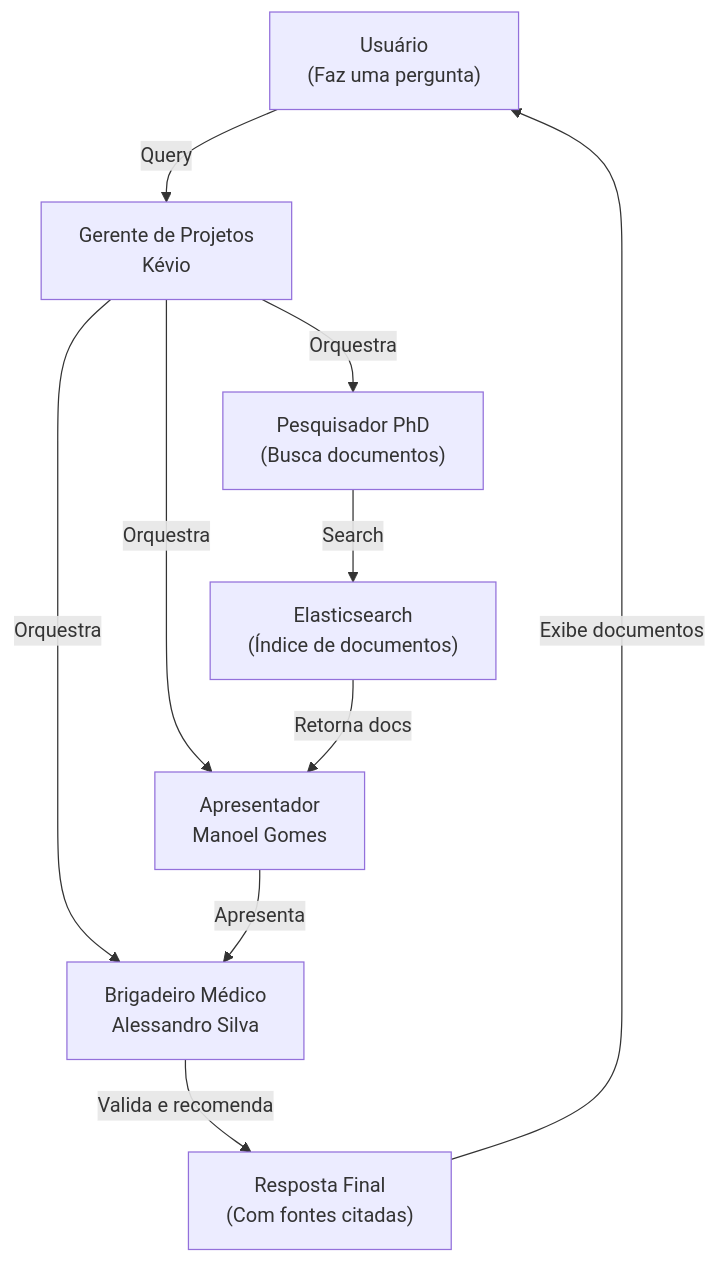
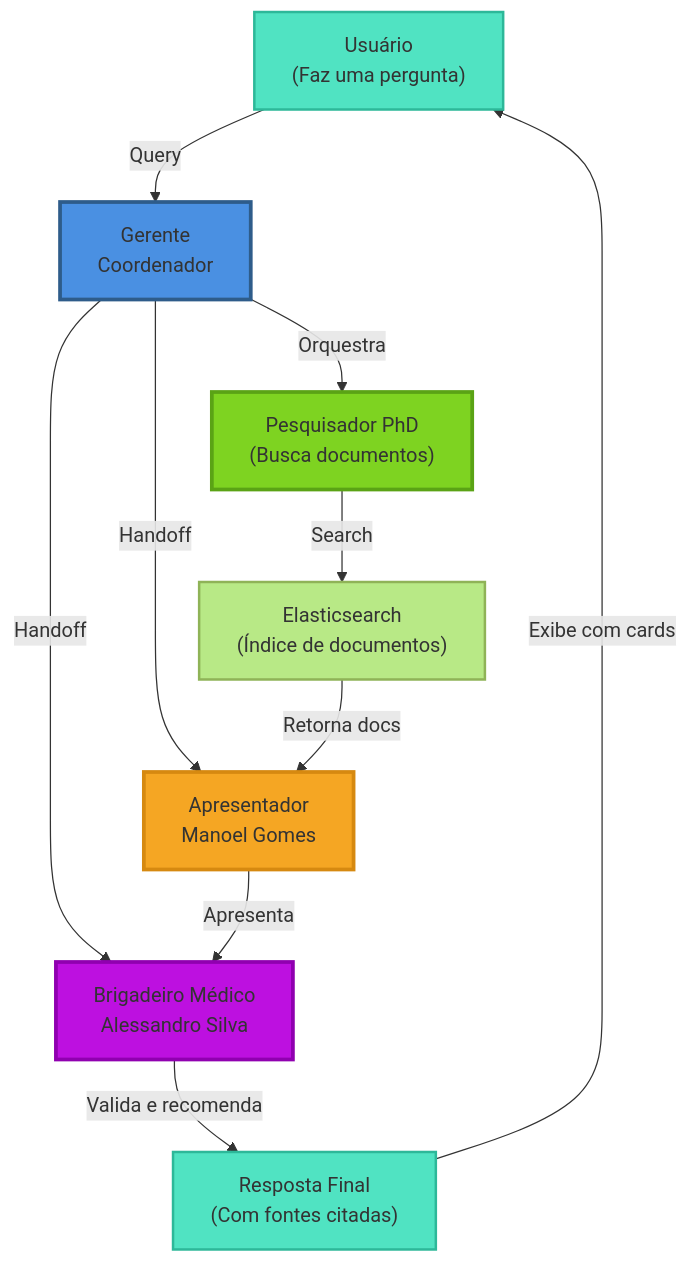
One commit to Mateus-Lacerda/health_com changed the second of 2 diagrams in README.md. Above: the diagram before and after it, drawn with Mermaid. The commit also changed other lines of this file and 8 other files, not shown here.

````diff
--- a/README.md
+++ b/README.md
@@ -130,23 +133,30 @@
 ```mermaid
 graph TD
     User["Usuário<br/>(Faz uma pergunta)"]
-    Manager["Gerente de Projetos<br/>Kévio"]
+    Manager["Gerente<br/>Coordenador"]
     Researcher["Pesquisador PhD<br/>(Busca documentos)"]
     Conversational["Apresentador<br/>Manoel Gomes"]
     Expert["Brigadeiro Médico<br/>Alessandro Silva"]
     
     ES["Elasticsearch<br/>(Índice de documentos)"]
     Response["Resposta Final<br/>(Com fontes citadas)"]
     
     User -->|Query| Manager
     Manager -->|Orquestra| Researcher
-    Manager -->|Orquestra| Conversational
-    Manager -->|Orquestra| Expert
+    Manager -->|Handoff| Conversational
+    Manager -->|Handoff| Expert
     
     Researcher -->|Search| ES
     ES -->|Retorna docs| Conversational
     Conversational -->|Apresenta| Expert
     Expert -->|Valida e recomenda| Response
-    Response -->|Exibe documentos| User
-
+    Response -->|Exibe com cards| User
+    
+    style Manager fill:#4A90E2,stroke:#2E5C8A,stroke-width:3px
+    style Researcher fill:#7ED321,stroke:#5AA315,stroke-width:3px
+    style Conversational fill:#F5A623,stroke:#D68910,stroke-width:3px
+    style Expert fill:#BD10E0,stroke:#9000B0,stroke-width:3px
+    style User fill:#50E3C2,stroke:#2DB899,stroke-width:2px
+    style Response fill:#50E3C2,stroke:#2DB899,stroke-width:2px
+    style ES fill:#B8E986,stroke:#8FB357,stroke-width:2px
 ```
````
